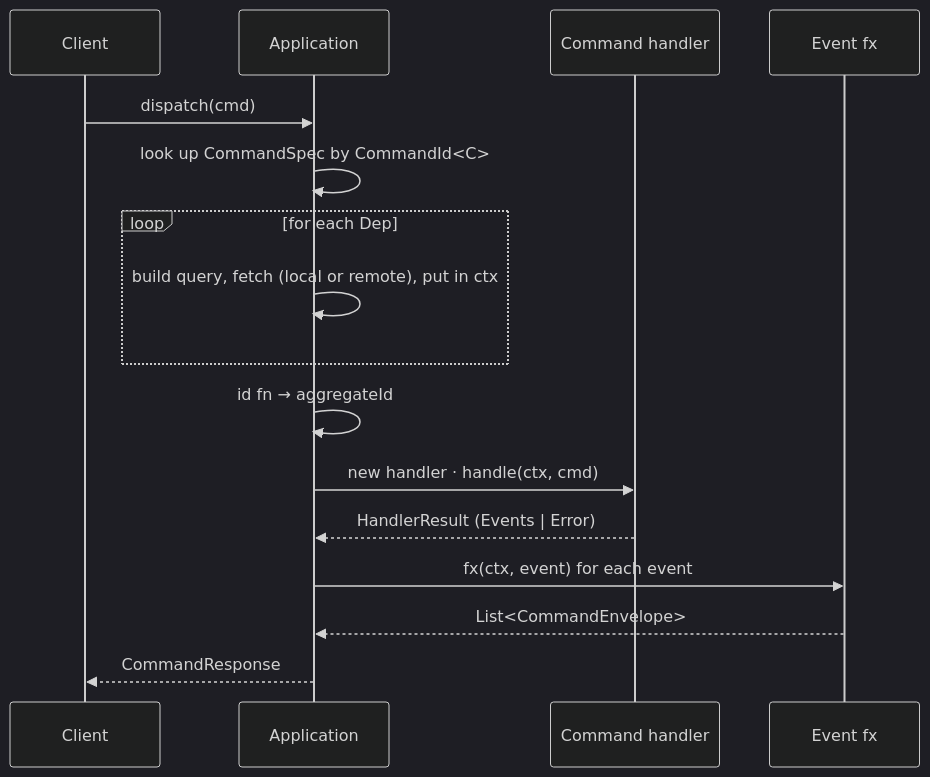
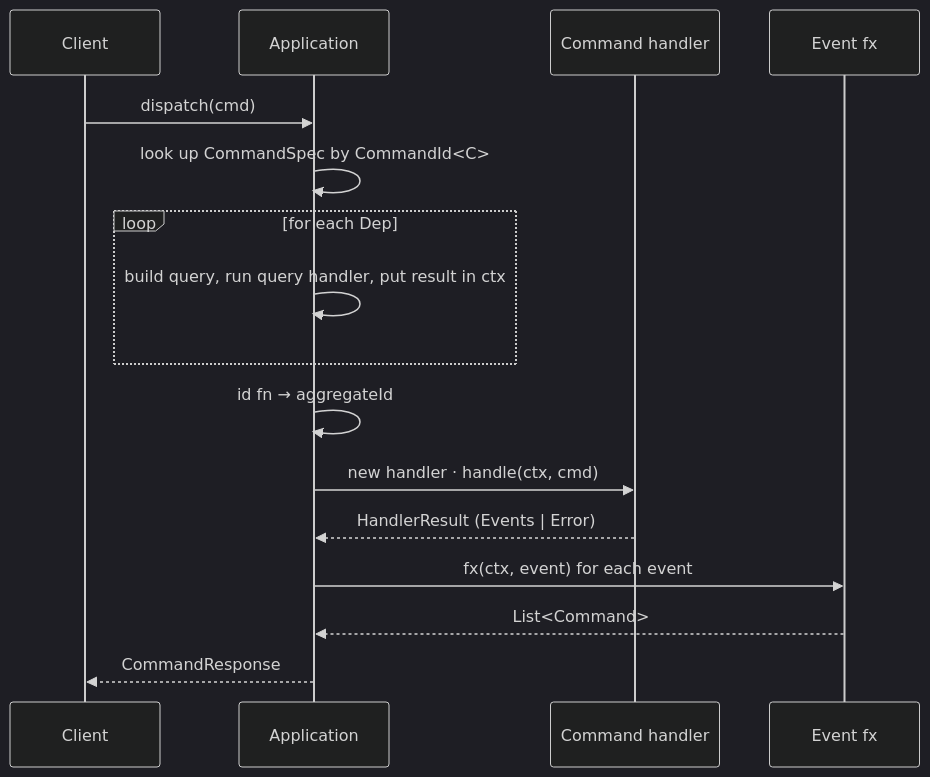
Before and after one commit to alpha-prosoft/edd-java: the second of 3 diagrams in README.md, drawn with Mermaid (dark theme). The commit also changed other lines of this file and 19 other files, not shown here.

````diff
--- a/README.md
+++ b/README.md
@@ -329,19 +319,19 @@
 ```mermaid
 sequenceDiagram
     participant Client
     participant App as Application
     participant CH as Command handler
     participant FX as Event fx
 
     Client->>App: dispatch(cmd)
     App->>App: look up CommandSpec by CommandId<C>
     loop for each Dep
-        App->>App: build query, fetch (local or remote), put in ctx
+        App->>App: build query, run query handler, put result in ctx
     end
     App->>App: id fn → aggregateId
     App->>CH: new handler · handle(ctx, cmd)
     CH-->>App: HandlerResult (Events | Error)
     App->>FX: fx(ctx, event) for each event
-    FX-->>App: List<CommandEnvelope>
+    FX-->>App: List<Command>
     App-->>Client: CommandResponse
 ```
````
